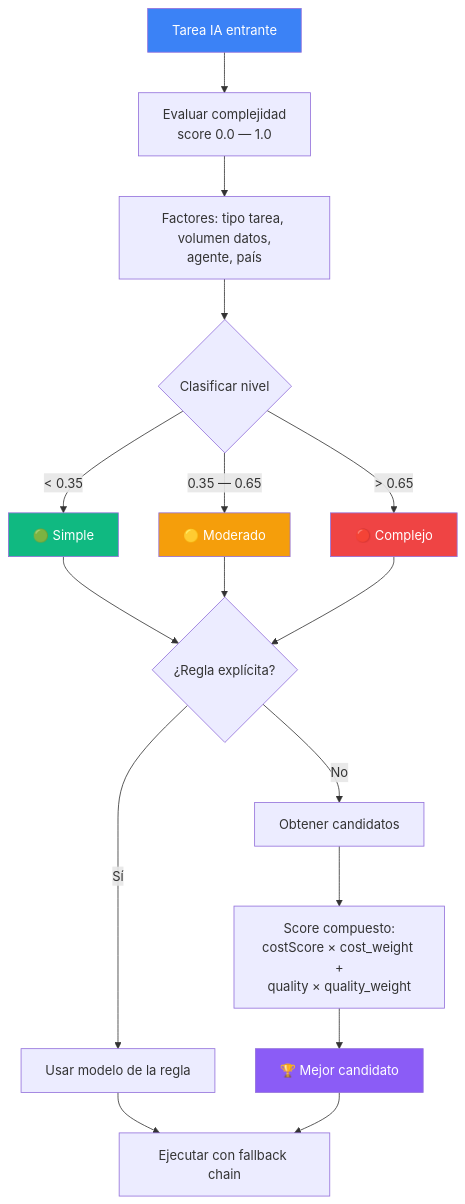
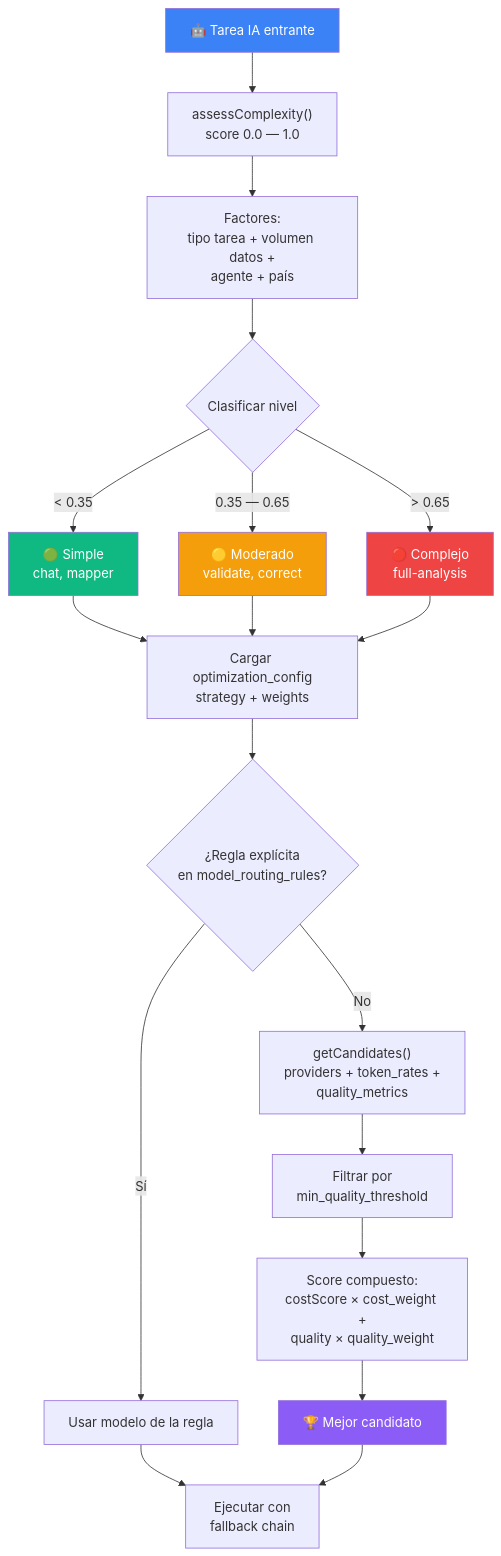
The sixth of 9 diagrams in README.md (Shiroe-95/NominaApp), drawn with Mermaid before and after one commit. The commit also changed other lines of this file, not shown here.

Commit message:
docs: rewrite README from scratch with comprehensive architecture diagrams, multi-agent system docs, API reference, design system, and detailed configuration guide

````diff
--- a/README.md
+++ b/README.md
@@ -298,28 +377,31 @@
 ```mermaid
 flowchart TD
-    TASK["Tarea IA entrante"] --> ASSESS["Evaluar complejidad<br/>score 0.0 — 1.0"]
-    ASSESS --> FACTORS["Factores: tipo tarea, volumen datos,<br/>agente, país"]
+    TASK["🤖 Tarea IA entrante"] --> ASSESS["assessComplexity()<br/>score 0.0 — 1.0"]
+    ASSESS --> FACTORS["Factores:<br/>tipo tarea + volumen datos +<br/>agente + país"]
     
     FACTORS --> LEVEL{"Clasificar nivel"}
-    LEVEL -->|< 0.35| SIMPLE["🟢 Simple"]
-    LEVEL -->|0.35 — 0.65| MODERATE["🟡 Moderado"]
-    LEVEL -->|> 0.65| COMPLEX["🔴 Complejo"]
+    LEVEL -->|"< 0.35"| SIMPLE["🟢 Simple<br/>chat, mapper"]
+    LEVEL -->|"0.35 — 0.65"| MODERATE["🟡 Moderado<br/>validate, correct"]
+    LEVEL -->|"> 0.65"| COMPLEX["🔴 Complejo<br/>full-analysis"]
     
-    SIMPLE --> RULES{"¿Regla explícita?"}
-    MODERATE --> RULES
-    COMPLEX --> RULES
+    SIMPLE --> CONFIG["Cargar optimization_config<br/>strategy + weights"]
+    MODERATE --> CONFIG
+    COMPLEX --> CONFIG
     
+    CONFIG --> RULES{"¿Regla explícita<br/>en model_routing_rules?"}
     RULES -->|Sí| USE_RULE["Usar modelo de la regla"]
-    RULES -->|No| CANDIDATES["Obtener candidatos"]
-    CANDIDATES --> SCORE["Score compuesto:<br/>costScore × cost_weight +<br/>quality × quality_weight"]
+    RULES -->|No| CANDIDATES["getCandidates()<br/>providers + token_rates +<br/>quality_metrics"]
+    
+    CANDIDATES --> FILTER["Filtrar por<br/>min_quality_threshold"]
+    FILTER --> SCORE["Score compuesto:<br/>costScore × cost_weight +<br/>quality × quality_weight"]
     SCORE --> BEST["🏆 Mejor candidato"]
     
-    USE_RULE --> EXEC["Ejecutar con fallback chain"]
+    USE_RULE --> EXEC["Ejecutar con<br/>fallback chain"]
     BEST --> EXEC
 
     style TASK fill:#3b82f6,color:#fff
     style SIMPLE fill:#10b981,color:#fff
     style MODERATE fill:#f59e0b,color:#fff
     style COMPLEX fill:#ef4444,color:#fff
     style BEST fill:#8b5cf6,color:#fff
 ```
````
